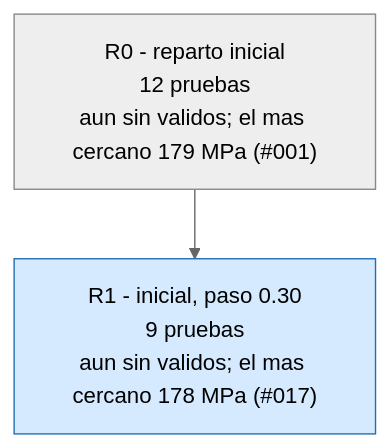
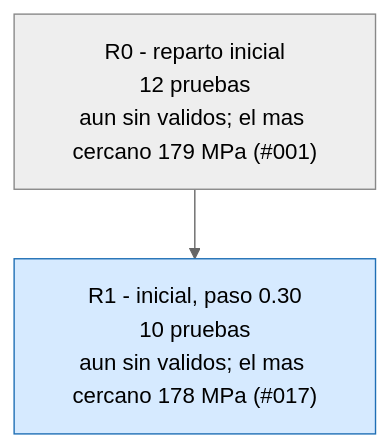
The second of 3 diagrams in runs/opt_37800N/ARBOL.md (Hugiko/msd-soporte-optimizacion), drawn with Mermaid (neutral theme) before and after one commit. The commit also changed 22 other files, not shown here.

````diff
--- a/runs/opt_37800N/ARBOL.md
+++ b/runs/opt_37800N/ARBOL.md
@@ -21,9 +21,9 @@
 ```mermaid
 graph TD
 classDef activa fill:#d6eaff,stroke:#1f6fb5,color:#000
 classDef fin fill:#eeeeee,stroke:#888,color:#000
 classDef mejor fill:#c8f0c0,stroke:#1a9850,stroke-width:4px,color:#000
 R0["R0 - reparto inicial<br/>12 pruebas<br/>aun sin validos; el mas cercano 179 MPa (#001)"]:::fin
-R1["R1 - inicial, paso 0.30<br/>9 pruebas<br/>aun sin validos; el mas cercano 178 MPa (#017)"]:::activa
+R1["R1 - inicial, paso 0.30<br/>10 pruebas<br/>aun sin validos; el mas cercano 178 MPa (#017)"]:::activa
 R0 --> R1
 ```
````
